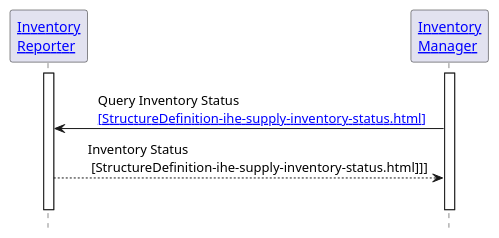
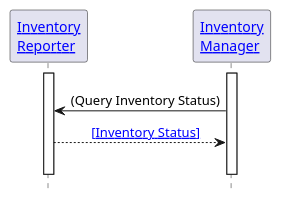
Before and after one commit to IHE/pharm-supply: the diagram in input/images-source/pharm-s5.plantuml, drawn with PlantUML. The commit also changed 14 other files, not shown here.

```diff
--- a/input/images-source/pharm-s5.plantuml
+++ b/input/images-source/pharm-s5.plantuml
@@ -1,22 +1,22 @@
 @startuml
 
 hide footbox
 
 '!include ./style.iuml
 
 
 Participant "[[actors_and_transactions.html#inventory-reporter Inventory\nReporter]]" as IR
 Participant "[[actors_and_transactions.html#inventory-manager Inventory\nManager]]" as IM
 
 activate IR
 activate IM
 
 IR -[hidden]> IM
-IR <- IM: \tQuery Inventory Status \n\t[[PHARM-S5.html {Inventory Query} ~[StructureDefinition-ihe-supply-inventory-status.html~]]]
-IR --> IM: \tInventory Status\n\t ~[StructureDefinition-ihe-supply-inventory-status.html~]]]
+IR <- IM: (Query Inventory Status)
+IR --> IM: \t [[ StructureDefinition-ihe-inventory-status.html{Inventory Status} ~[Inventory Status~]]]
 IR -[hidden]> IM :"  "
 
 deactivate IR
 deactivate IM
 
 @enduml
```
